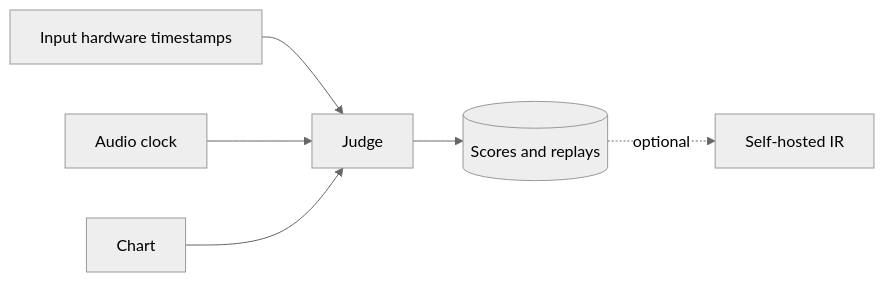
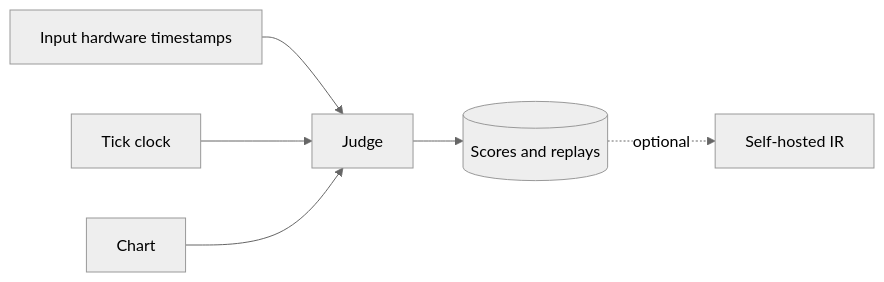
The diagram in README.md (square3ang/actuon), drawn with Mermaid (neutral theme) before and after one commit. The commit also changed 2 other files, not shown here.

Commit message:
Run notes on a tick clock and sync audio to it
Song time is now the monotonic clock plus an offset that is fixed after
the first second of a start, seek or resume. The audio follows it: it
slews up to 0.4% against drift and skips forward when over 50 ms behind.

````diff
--- a/README.md
+++ b/README.md
@@ -36,8 +36,8 @@
 ```mermaid
 flowchart LR
     I[Input hardware timestamps] --> S[Judge]
-    A[Audio clock] --> S
+    A[Tick clock] --> S
     C[Chart] --> S
     S --> D[(Scores and replays)]
     D -. optional .-> R[Self-hosted IR]
 ```
````
